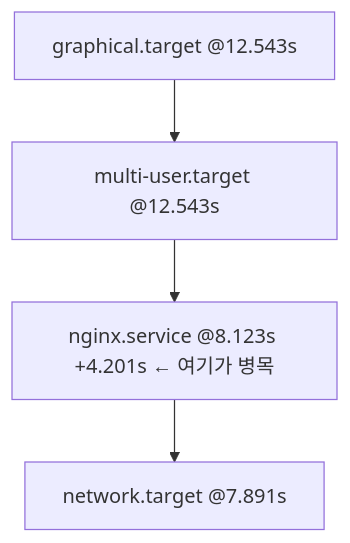
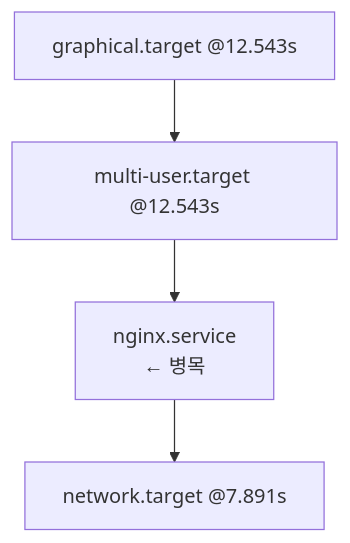
Before and after one commit to moonblueblue/devops-wiki: the sixth of 6 diagrams in content/linux/boot-init/boot-process.md, drawn with Mermaid. The commit also changed other lines of this file and 1 other file, not shown here.

First line of the commit message:
style: boot-init 섹션 Mermaid 노드 라벨 규칙 적용

````diff
--- a/content/linux/boot-init/boot-process.md
+++ b/content/linux/boot-init/boot-process.md
@@ -293,9 +293,9 @@
 ```mermaid
 graph TD
     A[graphical.target @12.543s]
     B[multi-user.target @12.543s]
-    C["nginx.service @8.123s +4.201s ← 여기가 병목"]
+    C["nginx.service\n← 병목"]
     D[network.target @7.891s]
 
     A --> B --> C --> D
 ```
````
